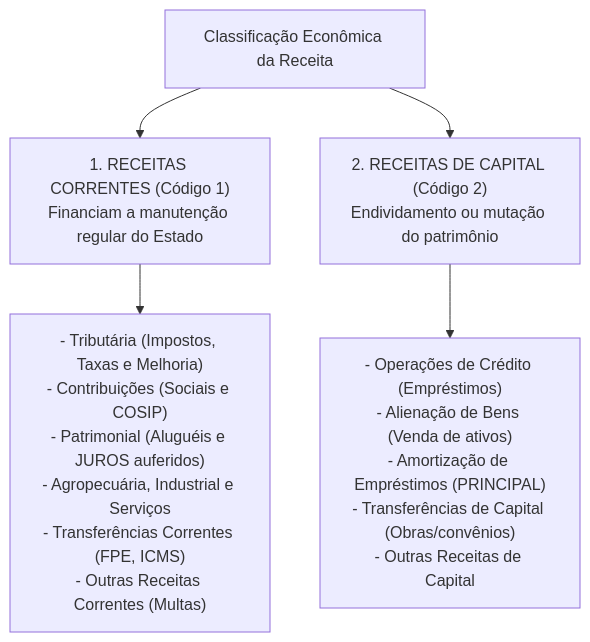
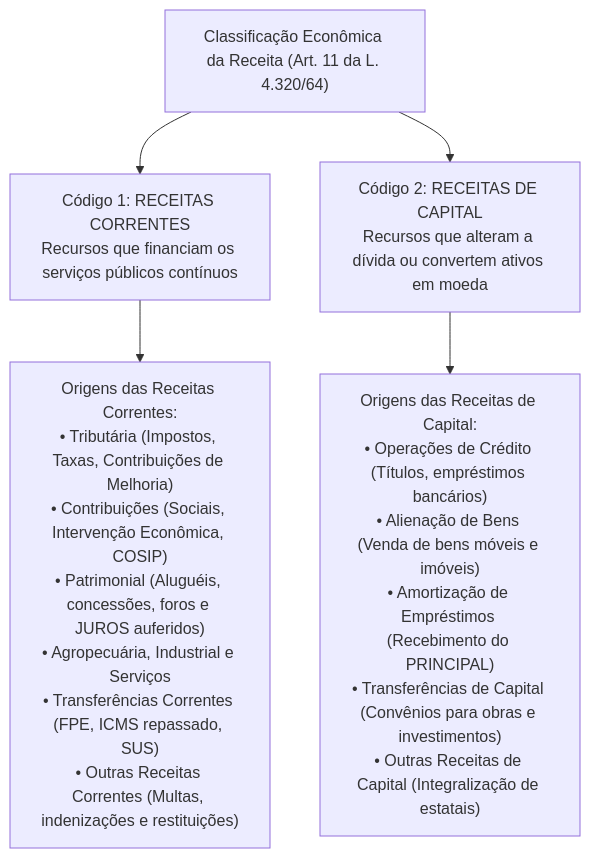
Before and after one commit to thiagosantos346/TCE-GO-2027: the third of 4 diagrams in fontes_de_estudo/conhecimentos_especificos_a01_tecnico_administrativo/19_nocoes_de_administracao_financeira_e_orcamentaria/02_receita_publica_estagios_fontes_e_classificacoes.md, drawn with Mermaid. The commit also changed other lines of this file and 119 other files, not shown here.

````diff
--- a/fontes_de_estudo/conhecimentos_especificos_a01_tecnico_administrativo/19_nocoes_de_administracao_financeira_e_orcamentaria/02_receita_publica_estagios_fontes_e_classificacoes.md
+++ b/fontes_de_estudo/conhecimentos_especificos_a01_tecnico_administrativo/19_nocoes_de_administracao_financeira_e_orcamentaria/02_receita_publica_estagios_fontes_e_classificacoes.md
@@ -126,10 +115,10 @@
 ```mermaid
 flowchart TD
-    CatEcon["Classificação Econômica da Receita"]
-    CatEcon --> RC["1. RECEITAS CORRENTES (Código 1)<br/>Financiam a manutenção regular do Estado"]
-    CatEcon --> RK["2. RECEITAS DE CAPITAL (Código 2)<br/>Endividamento ou mutação do patrimônio"]
+    CatEcon["Classificação Econômica da Receita (Art. 11 da L. 4.320/64)"]
+    CatEcon --> RC["Código 1: RECEITAS CORRENTES<br/>Recursos que financiam os serviços públicos contínuos"]
+    CatEcon --> RK["Código 2: RECEITAS DE CAPITAL<br/>Recursos que alteram a dívida ou convertem ativos em moeda"]
 
-    RC --> RC_Orig["- Tributária (Impostos, Taxas e Melhoria)<br/>- Contribuições (Sociais e COSIP)<br/>- Patrimonial (Aluguéis e JUROS auferidos)<br/>- Agropecuária, Industrial e Serviços<br/>- Transferências Correntes (FPE, ICMS)<br/>- Outras Receitas Correntes (Multas)"]
+    RC --> RC_Orig["Origens das Receitas Correntes:<br/>• Tributária (Impostos, Taxas, Contribuições de Melhoria)<br/>• Contribuições (Sociais, Intervenção Econômica, COSIP)<br/>• Patrimonial (Aluguéis, concessões, foros e JUROS auferidos)<br/>• Agropecuária, Industrial e Serviços<br/>• Transferências Correntes (FPE, ICMS repassado, SUS)<br/>• Outras Receitas Correntes (Multas, indenizações e restituições)"]
 
-    RK --> RK_Orig["- Operações de Crédito (Empréstimos)<br/>- Alienação de Bens (Venda de ativos)<br/>- Amortização de Empréstimos (PRINCIPAL)<br/>- Transferências de Capital (Obras/convênios)<br/>- Outras Receitas de Capital"]
+    RK --> RK_Orig["Origens das Receitas de Capital:<br/>• Operações de Crédito (Títulos, empréstimos bancários)<br/>• Alienação de Bens (Venda de bens móveis e imóveis)<br/>• Amortização de Empréstimos (Recebimento do PRINCIPAL)<br/>• Transferências de Capital (Convênios para obras e investimentos)<br/>• Outras Receitas de Capital (Integralização de estatais)"]
 ```
````
